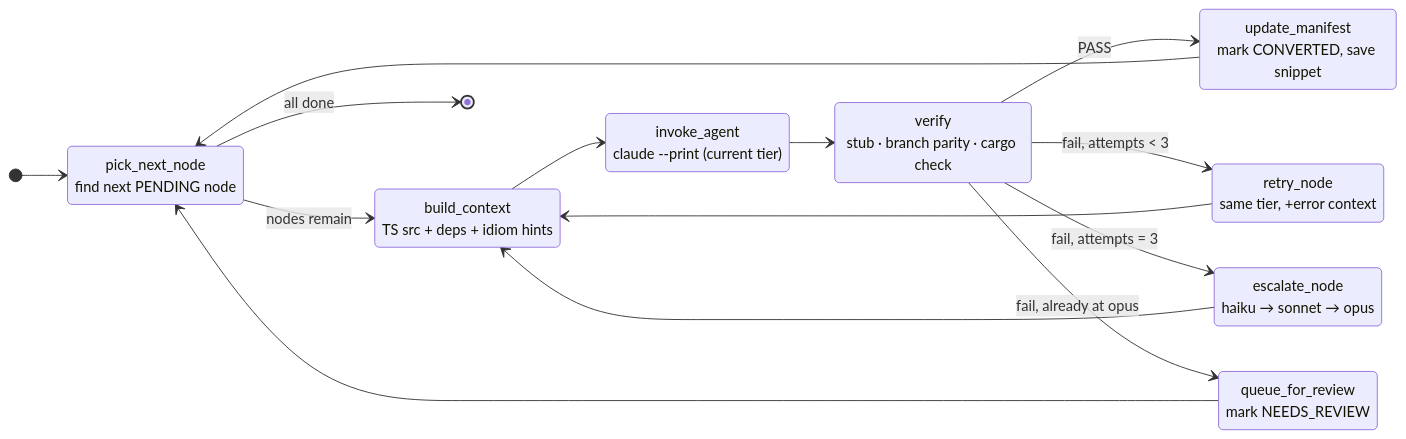
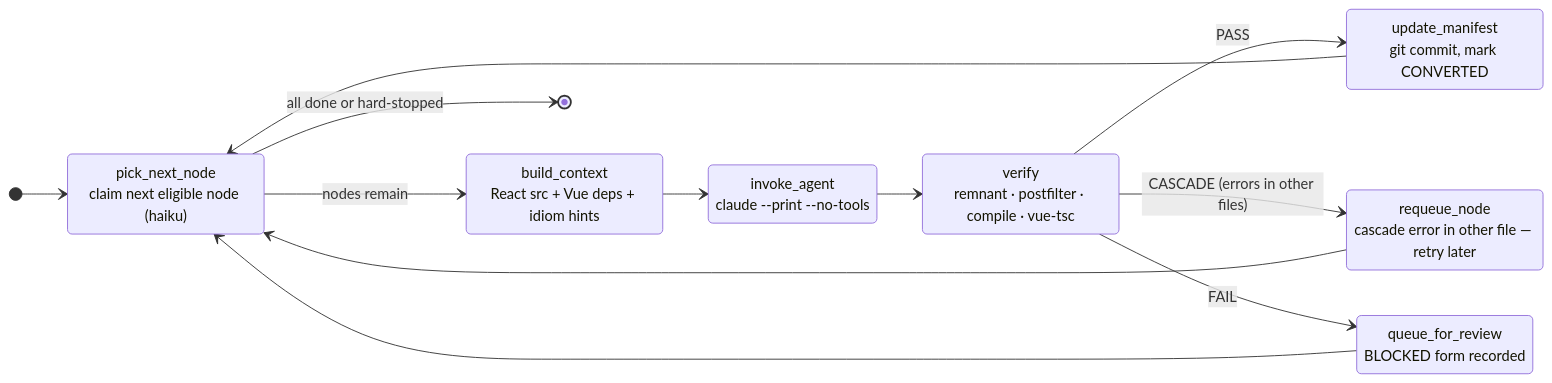
The second of 2 diagrams in README.md (ByteBard97/vuemorphic), drawn with Mermaid before and after one commit. The commit also changed other lines of this file and 17 other files, not shown here.

First line of the commit message:
chore: remove dead Rust modules; rewrite README for React→Vue

````diff
--- a/README.md
+++ b/README.md
@@ -130,47 +116,42 @@
 ```mermaid
 stateDiagram-v2
     direction LR
 
     [*] --> pick_next_node
 
-    state "pick_next_node<br>find next PENDING node" as pick_next_node
-    state "build_context<br>TS src + deps + idiom hints" as build_context
-    state "invoke_agent<br>claude --print (current tier)" as invoke_agent
-    state "verify<br>stub · branch parity · cargo check" as verify
-    state "retry_node<br>same tier, +error context" as retry_node
-    state "escalate_node<br>haiku → sonnet → opus" as escalate_node
-    state "update_manifest<br>mark CONVERTED, save snippet" as update_manifest
-    state "queue_for_review<br>mark NEEDS_REVIEW" as queue_for_review
+    state "pick_next_node<br>claim next eligible node (haiku)" as pick_next_node
+    state "build_context<br>React src + Vue deps + idiom hints" as build_context
+    state "invoke_agent<br>claude --print --no-tools" as invoke_agent
+    state "verify<br>remnant · postfilter · compile · vue-tsc" as verify
+    state "requeue_node<br>cascade error in other file — retry later" as requeue_node
+    state "update_manifest<br>git commit, mark CONVERTED" as update_manifest
+    state "queue_for_review<br>BLOCKED form recorded" as queue_for_review
 
     pick_next_node --> build_context : nodes remain
-    pick_next_node --> [*] : all done
+    pick_next_node --> [*] : all done or hard-stopped
 
     build_context --> invoke_agent
     invoke_agent --> verify
 
     verify --> update_manifest : PASS
-    verify --> retry_node : fail, attempts < 3
-    verify --> escalate_node : fail, attempts = 3
-    verify --> queue_for_review : fail, already at opus
+    verify --> requeue_node : CASCADE (errors in other files)
+    verify --> queue_for_review : FAIL
 
-    retry_node --> build_context
-    escalate_node --> build_context
-
+    requeue_node --> pick_next_node
     update_manifest --> pick_next_node
     queue_for_review --> pick_next_node
 
     pick_next_node:::primary
     invoke_agent:::ai
     verify:::decision
     update_manifest:::success
     queue_for_review:::error
-    retry_node:::trigger
-    escalate_node:::trigger
+    requeue_node:::trigger
 
     classDef primary fill:#3b82f6,stroke:#1e3a5f,color:#ffffff
     classDef ai fill:#ddd6fe,stroke:#6d28d9,color:#374151
     classDef decision fill:#fef3c7,stroke:#b45309,color:#374151
     classDef success fill:#a7f3d0,stroke:#047857,color:#374151
     classDef error fill:#fecaca,stroke:#b91c1c,color:#374151
     classDef trigger fill:#fed7aa,stroke:#c2410c,color:#374151
 ```
````
